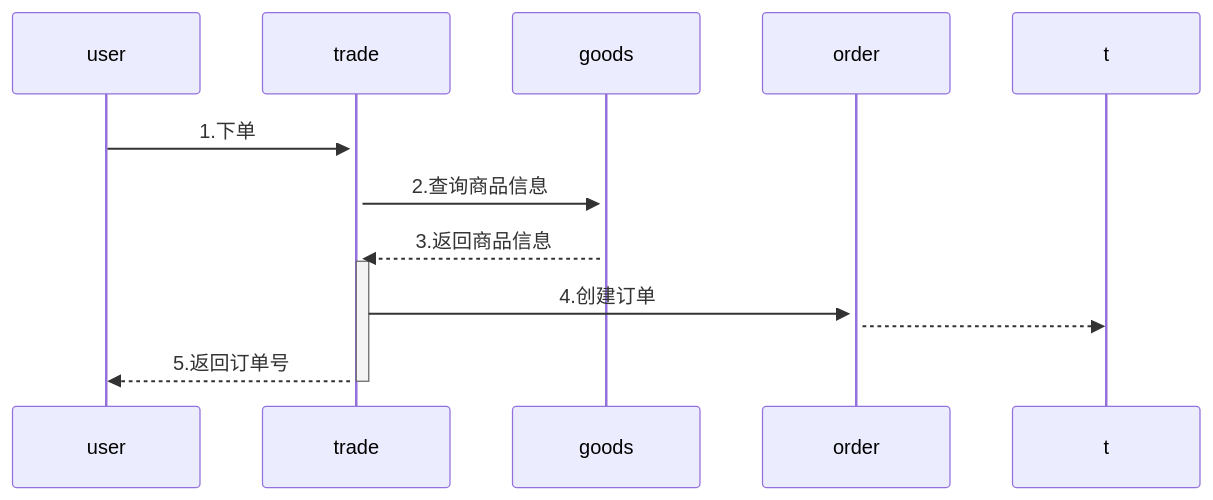
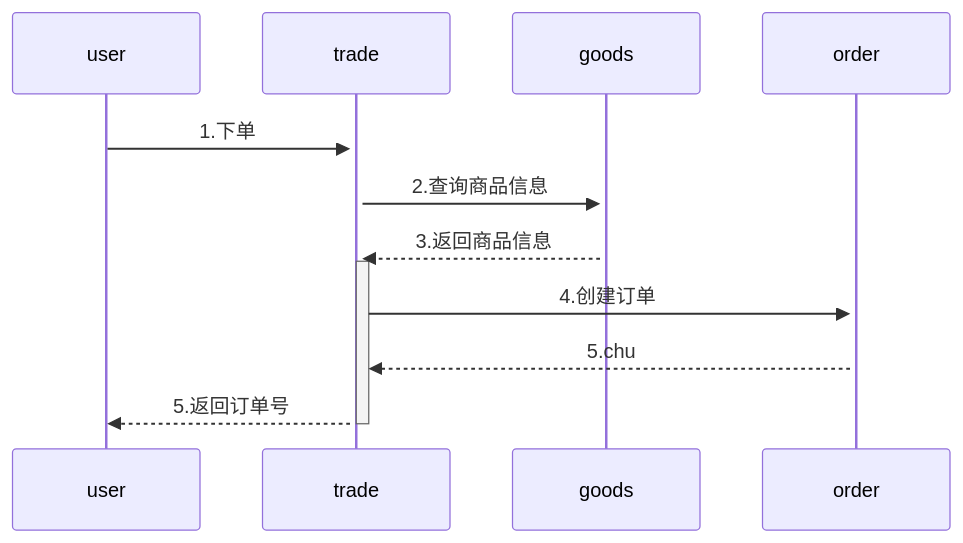
Before and after one commit to yingjianzh/iodraw-files: the diagram in all/未命名-6.md, drawn with Mermaid.

Commit message:
2024-08-19 15:21:53 update

````diff
--- a/all/未命名-6.md
+++ b/all/未命名-6.md
@@ -1,9 +1,9 @@
 ```mermaid
 sequenceDiagram
     user->>+trade: 1.下单
     trade->>+goods: 2.查询商品信息
     goods-->>+trade: 3.返回商品信息
     trade->>+order: 4.创建订单
-    order-->>t:
+    order-->>trade: 5.chu
     trade-->>-user: 5.返回订单号
 ```
````
